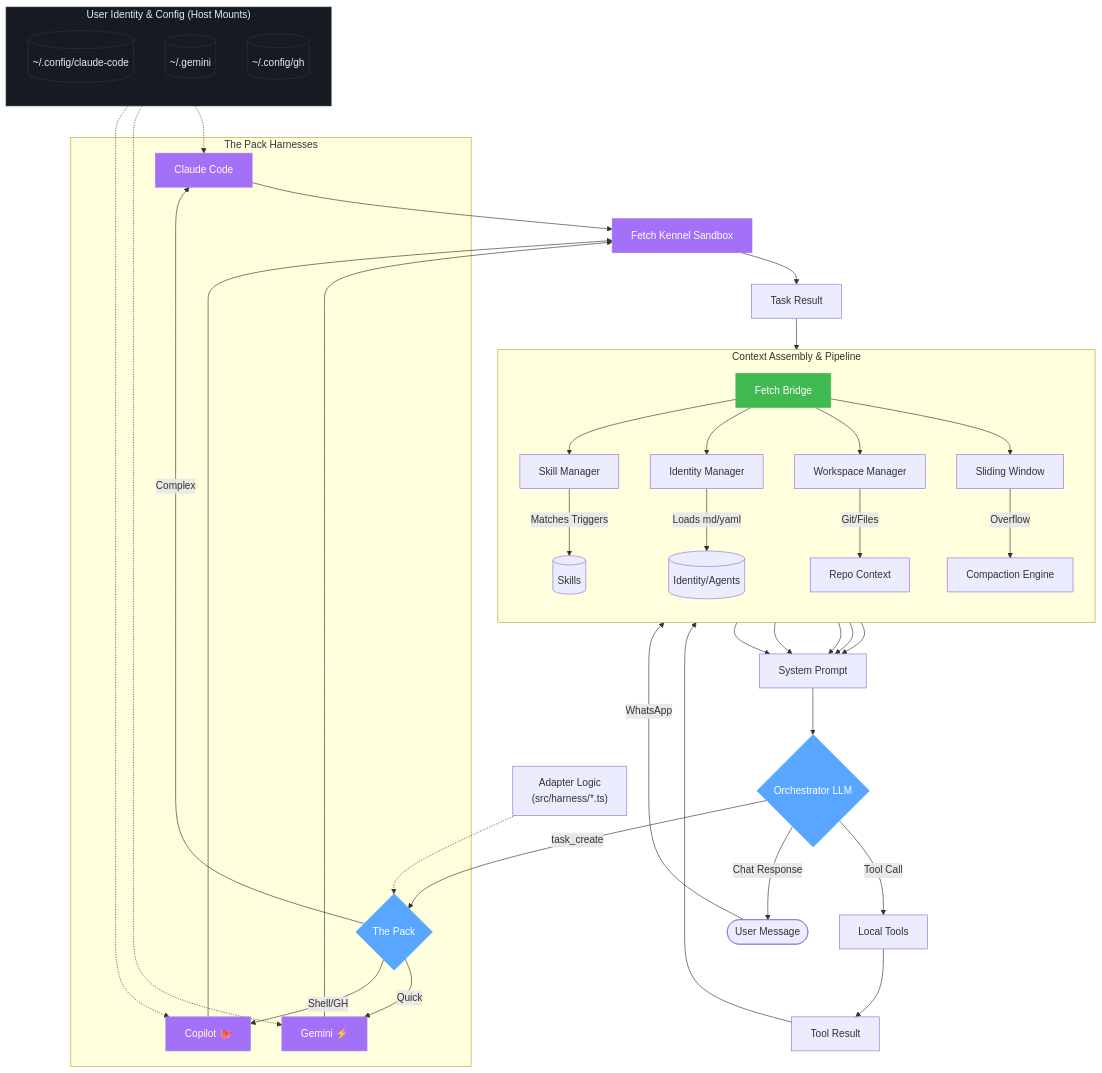
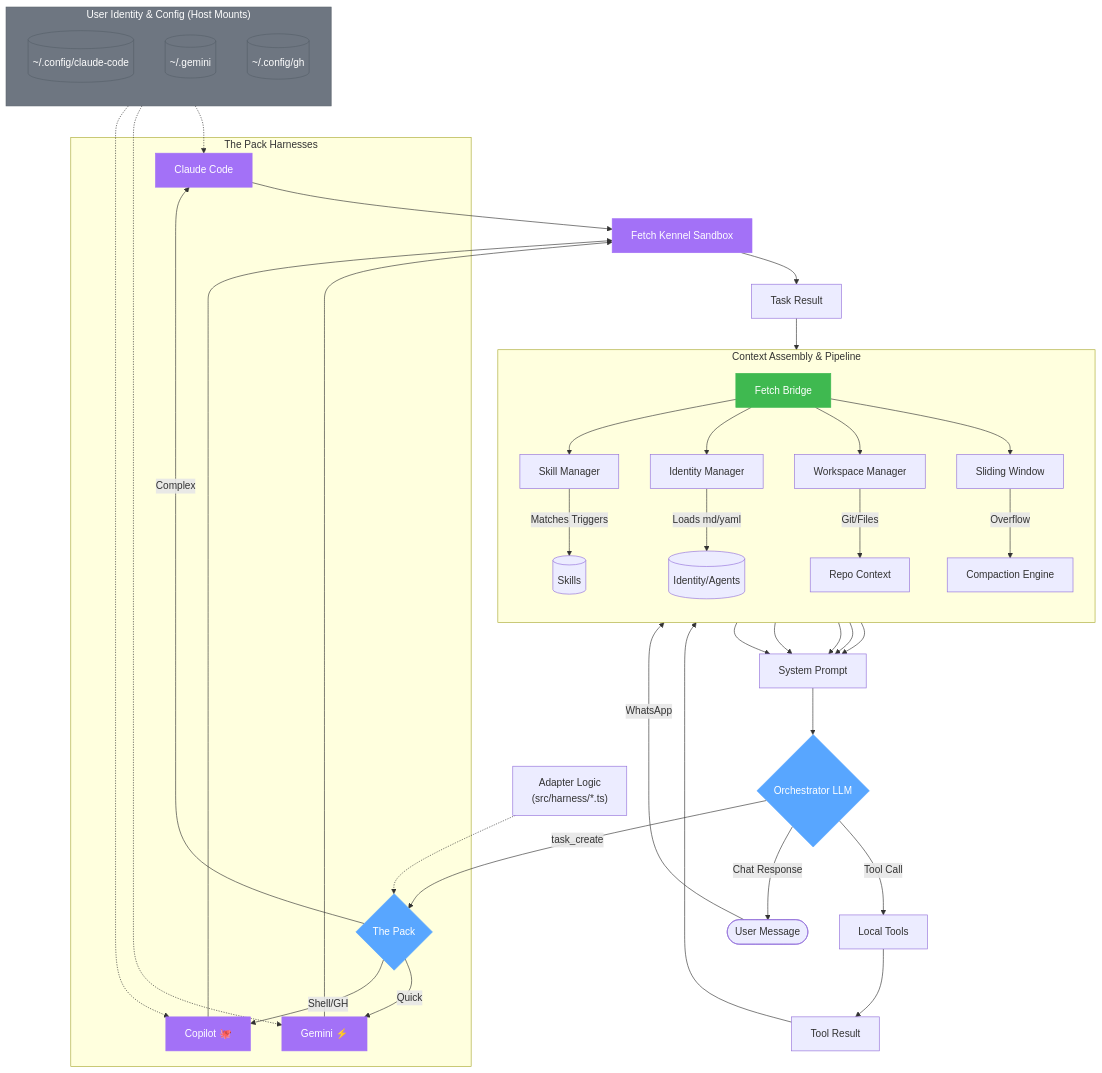
One commit to Traves-Theberge/Fetch changed the second of 3 diagrams in docs/markdown/ARCHITECTURE.md. Above: the diagram before and after it, drawn with Mermaid. The commit also changed other lines of this file and 49 other files, not shown here.

```diff
--- a/docs/markdown/ARCHITECTURE.md
+++ b/docs/markdown/ARCHITECTURE.md
@@ -135,7 +135,7 @@
     classDef bridge fill:#3fb950,stroke:#3fb950,color:#fff
     classDef kennel fill:#a371f7,stroke:#a371f7,color:#fff
     classDef orchestrator fill:#58a6ff,stroke:#58a6ff,color:#fff
-    classDef config fill:#161b22,stroke:#30363d,color:#e6edf3
+    classDef config fill:#6e7681,stroke:#57606a,color:#fff
 
     class Bridge bridge
     class Sandbox,Claude,Gemini,Copilot kennel
```
